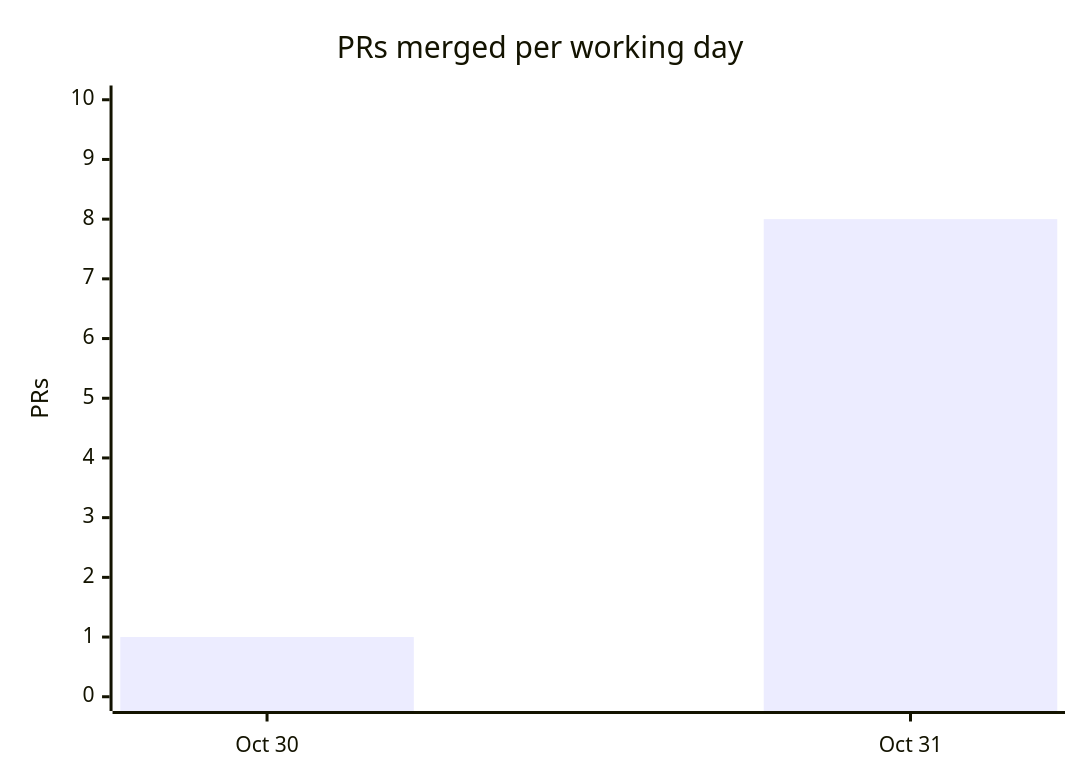
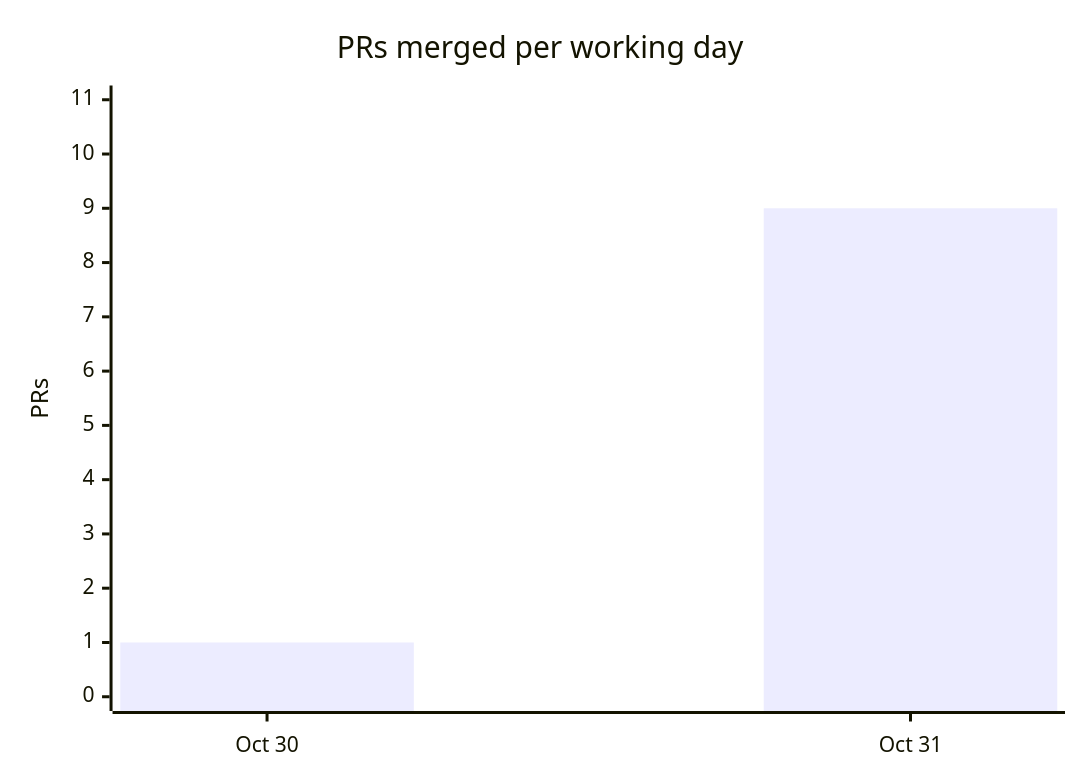
Before and after one commit to cmprssd/nfsh: the fourth of 4 diagrams in docs/OVERVIEW.md, drawn with Mermaid. The commit also changed other lines of this file and 12 other files, not shown here.

First line of the commit message:
feat: the level graph and nfsh level; partition GUIDs in the store; release 0.6.0 (#10)

````diff
--- a/docs/OVERVIEW.md
+++ b/docs/OVERVIEW.md
@@ -129,7 +130,7 @@
 ```mermaid
 xychart-beta
     title "PRs merged per working day"
     x-axis ["Oct 30", "Oct 31"]
-    y-axis "PRs" 0 --> 10
-    bar [1, 8]
+    y-axis "PRs" 0 --> 11
+    bar [1, 9]
 ```
````
